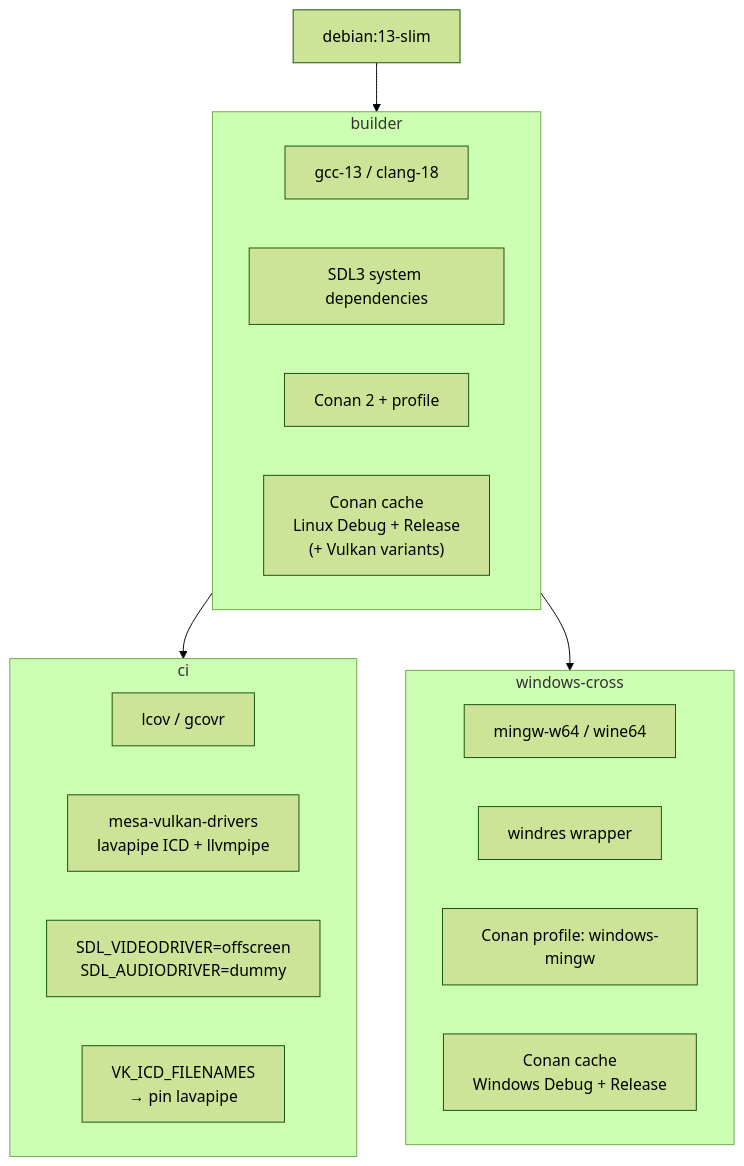
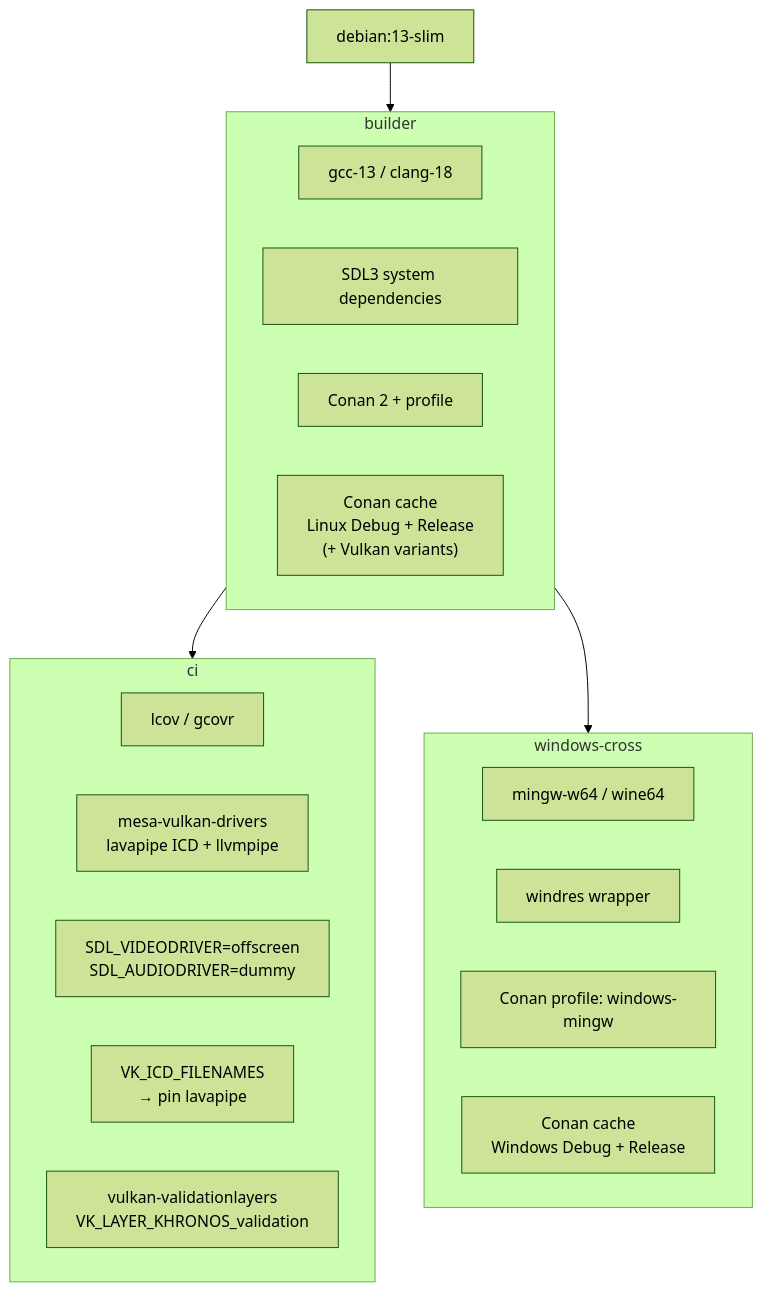
Before and after one commit to yazilimperver/sdl-painter: the first of 6 diagrams in doc/en/docker.md, drawn with Mermaid (forest theme). The commit also changed other lines of this file and 30 other files, not shown here.

Commit message:
fix: Vulkan swapchain ve viewport hatası giderildi, testlere ekleme yapildi. CI validation zorunluluğu getirildi, ctest keşfi kullanıma alındı ve application testleri eklendi.

````diff
--- a/doc/en/docker.md
+++ b/doc/en/docker.md
@@ -13,30 +13,31 @@
 ```mermaid
 graph TD
     BASE["debian:13-slim"]
 
     BASE --> BUILDER
 
     subgraph BUILDER["builder"]
         B1["gcc-13 / clang-18"]
         B2["SDL3 system dependencies"]
         B3["Conan 2 + profile"]
         B4["Conan cache\nLinux Debug + Release\n(+ Vulkan variants)"]
     end
 
     BUILDER --> CI
     BUILDER --> WIN
 
     subgraph CI["ci"]
         C1["lcov / gcovr"]
         C2["mesa-vulkan-drivers\nlavapipe ICD + llvmpipe"]
         C3["SDL_VIDEODRIVER=offscreen\nSDL_AUDIODRIVER=dummy"]
         C4["VK_ICD_FILENAMES\n→ pin lavapipe"]
+        C5["vulkan-validationlayers\nVK_LAYER_KHRONOS_validation"]
     end
 
     subgraph WIN["windows-cross"]
         W1["mingw-w64 / wine64"]
         W2["windres wrapper"]
         W3["Conan profile: windows-mingw"]
         W4["Conan cache\nWindows Debug + Release"]
     end
 ```
````
